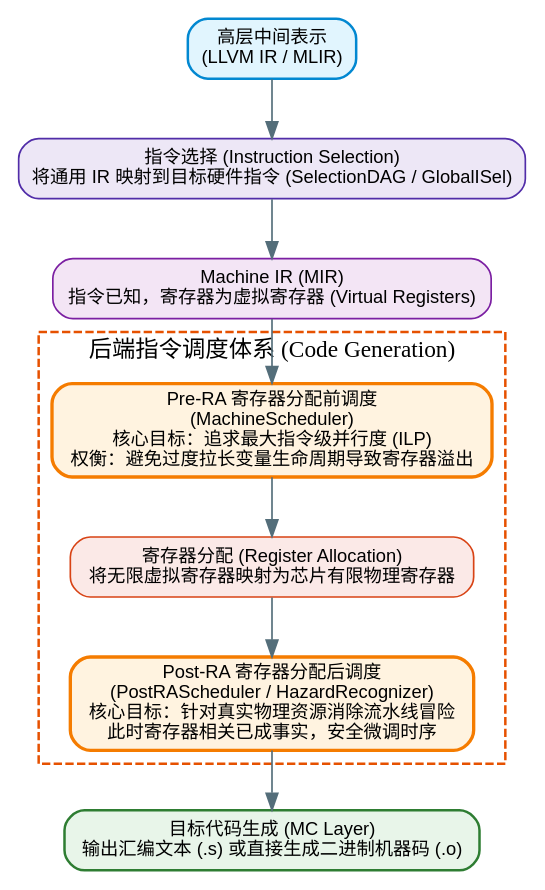
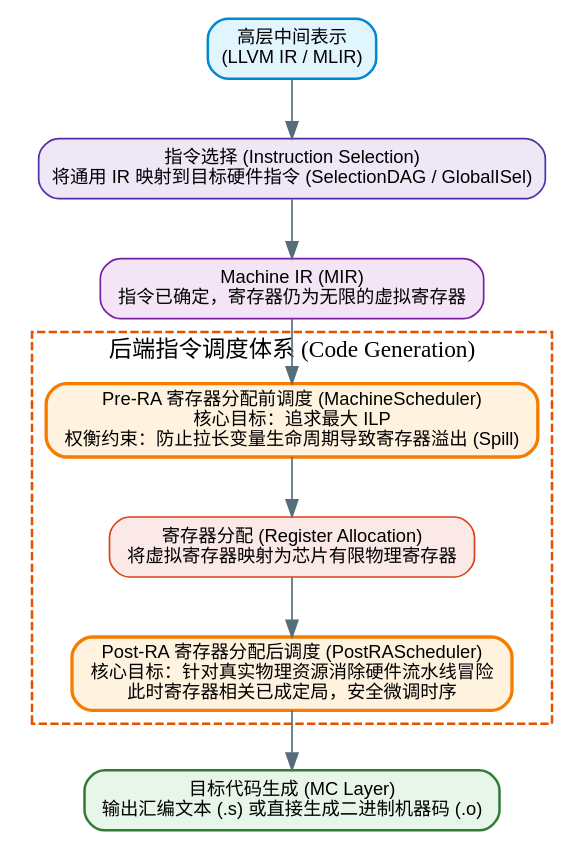
The third of 16 diagrams in src/content/posts/compiler-instruction-scheduling-and-numerical-semantics-contract-guide.md (hqu-little-boy/blog), drawn with Graphviz before and after one commit. The commit also changed other lines of this file, not shown here.

Commit message:
feat: expand compiler scheduling guide to cover 6 heterogeneous accelerator architectures (GPU/VLIW/DSP/Systolic/CGRA/RVV)

````diff
--- a/src/content/posts/compiler-instruction-scheduling-and-numerical-semantics-contract-guide.md
+++ b/src/content/posts/compiler-instruction-scheduling-and-numerical-semantics-contract-guide.md
@@ -197,31 +206,26 @@
 ```graphviz
 digraph LLVM_Scheduling_Pipeline {
     rankdir=TB;
     node [fontname="Helvetica,Arial,sans-serif", fontsize=11, shape=rect, style="rounded,filled", fillcolor="#f8f9fa", color="#b0bec5"];
     edge [fontname="Helvetica,Arial,sans-serif", fontsize=10, color="#546e7a"];
 
     ir [label="高层中间表示\n(LLVM IR / MLIR)", fillcolor="#e1f5fe", color="#0288d1", penwidth=1.5];
     isel [label="指令选择 (Instruction Selection)\n将通用 IR 映射到目标硬件指令 (SelectionDAG / GlobalISel)", fillcolor="#ede7f6", color="#512da8"];
-    mir [label="Machine IR (MIR)\n指令已知，寄存器为虚拟寄存器 (Virtual Registers)", fillcolor="#f3e5f5", color="#7b1fa2"];
+    mir [label="Machine IR (MIR)\n指令已确定，寄存器仍为无限的虚拟寄存器", fillcolor="#f3e5f5", color="#7b1fa2"];
 
     subgraph cluster_sched {
         label = "后端指令调度体系 (Code Generation)";
         style = dashed;
         color = "#e65100";
         penwidth = 1.5;
 
-        prera [label="Pre-RA 寄存器分配前调度\n(MachineScheduler)\n核心目标：追求最大指令级并行度 (ILP)\n权衡：避免过度拉长变量生命周期导致寄存器溢出", fillcolor="#fff3e0", color="#f57c00", penwidth=2];
-        ra [label="寄存器分配 (Register Allocation)\n将无限虚拟寄存器映射为芯片有限物理寄存器", fillcolor="#fbe9e7", color="#d84315"];
-        postra [label="Post-RA 寄存器分配后调度\n(PostRAScheduler / HazardRecognizer)\n核心目标：针对真实物理资源消除流水线冒险\n此时寄存器相关已成事实，安全微调时序", fillcolor="#fff3e0", color="#f57c00", penwidth=2];
+        prera [label="Pre-RA 寄存器分配前调度 (MachineScheduler)\n核心目标：追求最大 ILP\n权衡约束：防止拉长变量生命周期导致寄存器溢出 (Spill)", fillcolor="#fff3e0", color="#f57c00", penwidth=2];
+        ra [label="寄存器分配 (Register Allocation)\n将虚拟寄存器映射为芯片有限物理寄存器", fillcolor="#fbe9e7", color="#d84315"];
+        postra [label="Post-RA 寄存器分配后调度 (PostRAScheduler)\n核心目标：针对真实物理资源消除硬件流水线冒险\n此时寄存器相关已成定局，安全微调时序", fillcolor="#fff3e0", color="#f57c00", penwidth=2];
     }
 
     asm [label="目标代码生成 (MC Layer)\n输出汇编文本 (.s) 或直接生成二进制机器码 (.o)", fillcolor="#e8f5e9", color="#2e7d32", penwidth=1.5];
 
-    ir -> isel;
-    isel -> mir;
-    mir -> prera;
-    prera -> ra;
-    ra -> postra;
-    postra -> asm;
+    ir -> isel -> mir -> prera -> ra -> postra -> asm;
 }
 ```
````
